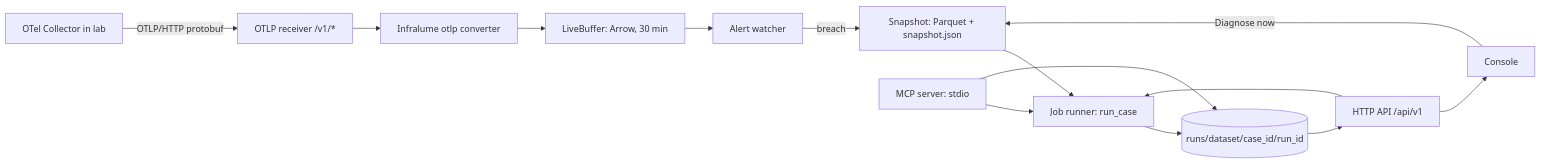
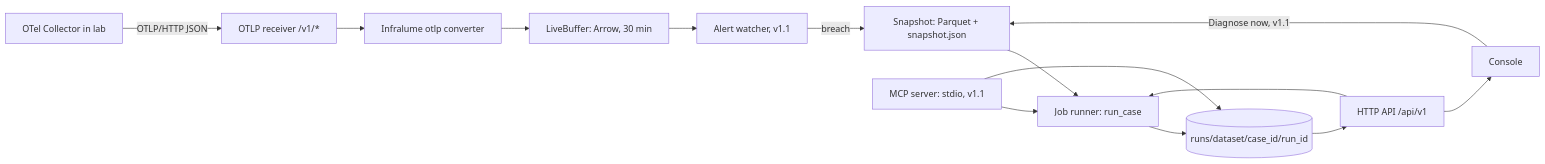
The diagram in docs/06-gateway-and-console.md (DuhItzAniket/Veyltrace), drawn with Mermaid before and after one commit. The commit also changed other lines of this file and 1 other file, not shown here.

````diff
--- a/docs/06-gateway-and-console.md
+++ b/docs/06-gateway-and-console.md
@@ -16,13 +16,13 @@
 ```mermaid
 flowchart LR
-  COL[OTel Collector in lab] -- OTLP/HTTP protobuf --> RX[OTLP receiver /v1/*]
+  COL[OTel Collector in lab] -- OTLP/HTTP JSON --> RX[OTLP receiver /v1/*]
   RX --> CONV[Infralume otlp converter] --> BUF[LiveBuffer: Arrow, 30 min]
-  BUF --> W[Alert watcher] -- breach --> SNAP
-  UI[Console] -- Diagnose now --> SNAP[Snapshot: Parquet + snapshot.json]
+  BUF --> W[Alert watcher, v1.1] -- breach --> SNAP
+  UI[Console] -- Diagnose now, v1.1 --> SNAP[Snapshot: Parquet + snapshot.json]
   SNAP --> JOB[Job runner: run_case]
   API[HTTP API /api/v1] --> JOB
   JOB --> RUNS[(runs/dataset/case_id/run_id)]
   RUNS --> API --> UI
-  MCP[MCP server: stdio] --> JOB
+  MCP[MCP server: stdio, v1.1] --> JOB
   MCP --> RUNS
 ```
````
